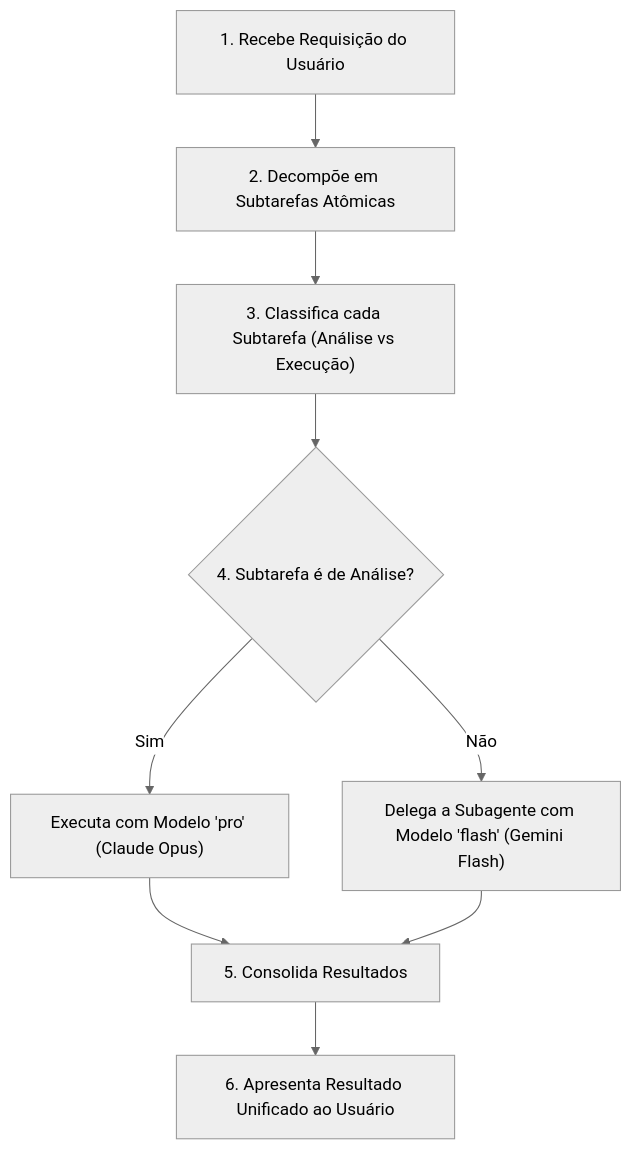
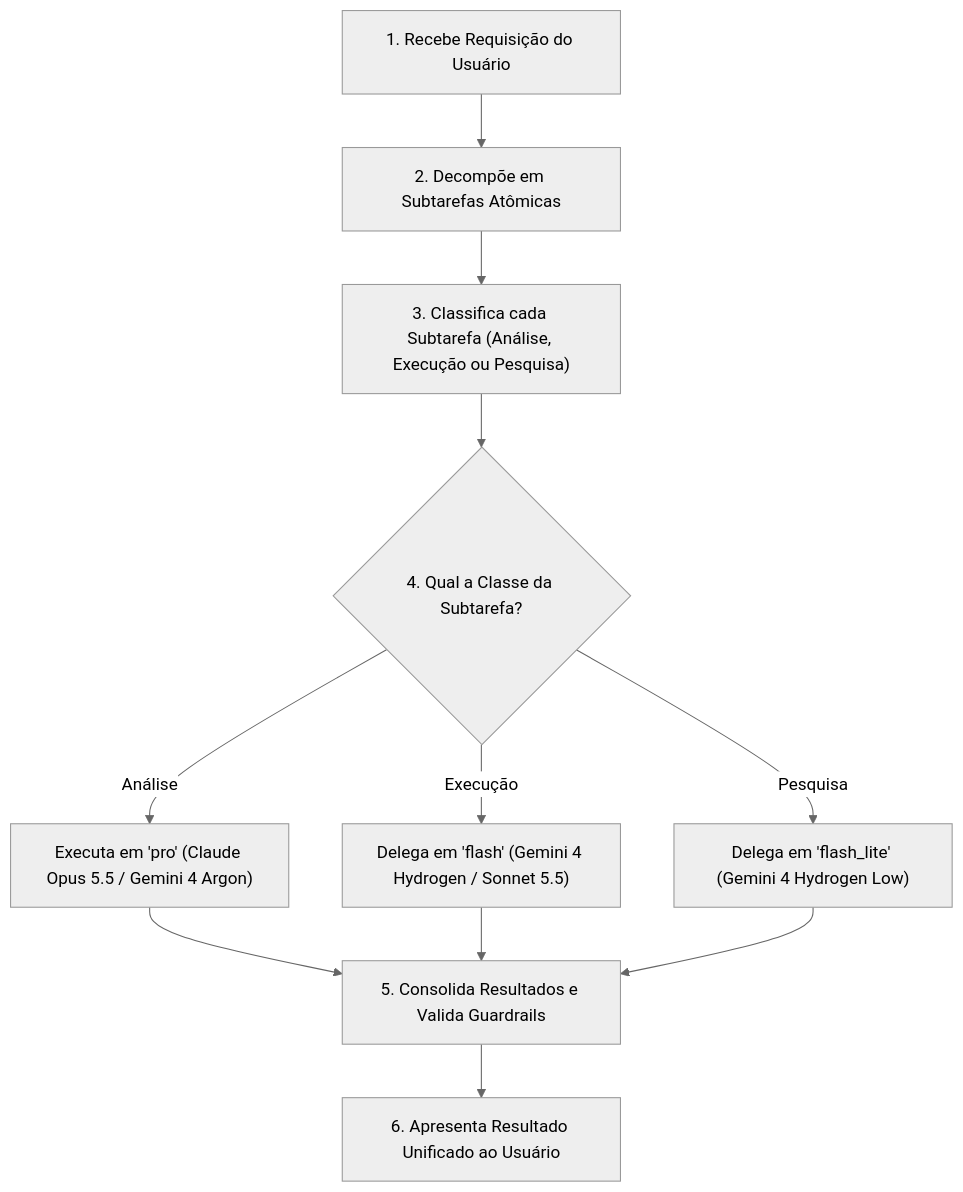
Before and after one commit to andershow09/AI-Engineering: the diagram in .agents/skills/orchestrator/SKILL.md, drawn with Mermaid (neutral theme). The commit also changed other lines of this file and 12 other files, not shown here.

Commit message:
feat(orchestrator): atualiza catalogo de modelos Antigravity (Gemini 4 Argon/Hydrogen e Claude 5.5)

````diff
--- a/.agents/skills/orchestrator/SKILL.md
+++ b/.agents/skills/orchestrator/SKILL.md
@@ -51,11 +75,13 @@
 ```mermaid
 flowchart TD
     A["1. Recebe Requisição do Usuário"] --> B["2. Decompõe em Subtarefas Atômicas"]
-    B --> C["3. Classifica cada Subtarefa (Análise vs Execução)"]
-    C --> D{"4. Subtarefa é de Análise?"}
-    D -- Sim --> E["Executa com Modelo 'pro' (Claude Opus)"]
-    D -- Não --> F["Delega a Subagente com Modelo 'flash' (Gemini Flash)"]
-    E --> G["5. Consolida Resultados"]
+    B --> C["3. Classifica cada Subtarefa (Análise, Execução ou Pesquisa)"]
+    C --> D{"4. Qual a Classe da Subtarefa?"}
+    D -- Análise --> E["Executa em 'pro' (Claude Opus 5.5 / Gemini 4 Argon)"]
+    D -- Execução --> F["Delega em 'flash' (Gemini 4 Hydrogen / Sonnet 5.5)"]
+    D -- Pesquisa --> I["Delega em 'flash_lite' (Gemini 4 Hydrogen Low)"]
+    E --> G["5. Consolida Resultados e Valida Guardrails"]
     F --> G
+    I --> G
     G --> H["6. Apresenta Resultado Unificado ao Usuário"]
 ```
````
